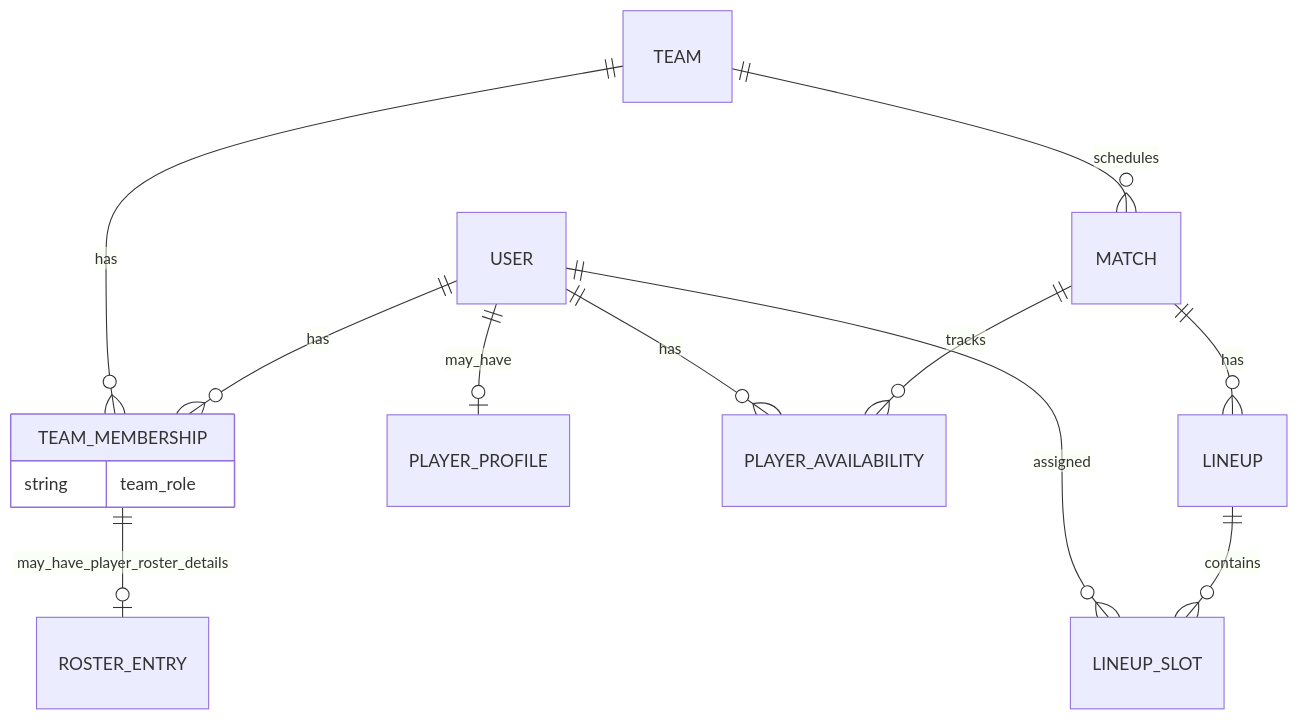
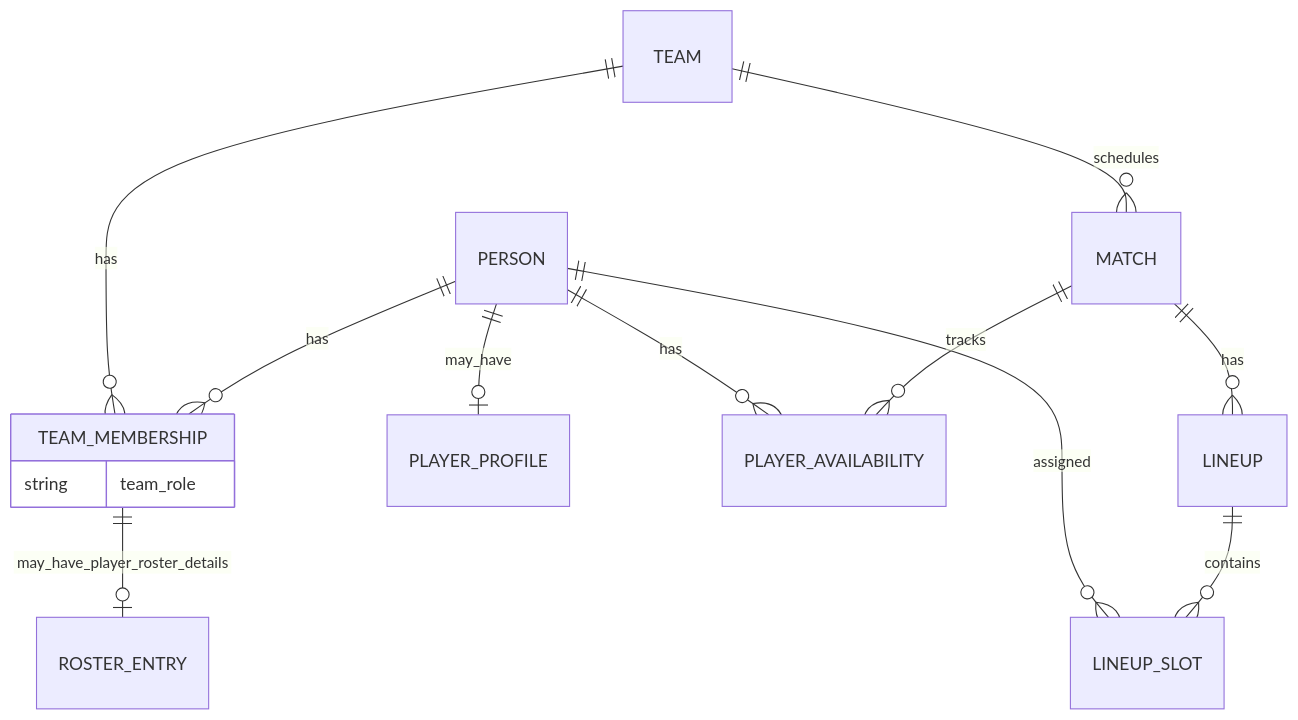
One commit to bbubb/squadsync changed the diagram in docs/architecture/domain-model.md. Above: the diagram before and after it, drawn with Mermaid. The commit also changed other lines of this file and 28 other files, not shown here.

First line of the commit message:
Rename represented User to Person without data loss (#124)

````diff
--- a/docs/architecture/domain-model.md
+++ b/docs/architecture/domain-model.md
@@ -80,16 +80,16 @@
 ```mermaid
 erDiagram
-    USER ||--o{ TEAM_MEMBERSHIP : has
+    PERSON ||--o{ TEAM_MEMBERSHIP : has
     TEAM ||--o{ TEAM_MEMBERSHIP : has
     TEAM_MEMBERSHIP {
         string team_role
     }
-    USER ||--o| PLAYER_PROFILE : may_have
+    PERSON ||--o| PLAYER_PROFILE : may_have
     TEAM_MEMBERSHIP ||--o| ROSTER_ENTRY : may_have_player_roster_details
     TEAM ||--o{ MATCH : schedules
     MATCH ||--o{ PLAYER_AVAILABILITY : tracks
-    USER ||--o{ PLAYER_AVAILABILITY : has
+    PERSON ||--o{ PLAYER_AVAILABILITY : has
     MATCH ||--o{ LINEUP : has
     LINEUP ||--o{ LINEUP_SLOT : contains
-    USER ||--o{ LINEUP_SLOT : assigned
+    PERSON ||--o{ LINEUP_SLOT : assigned
 ```
````
